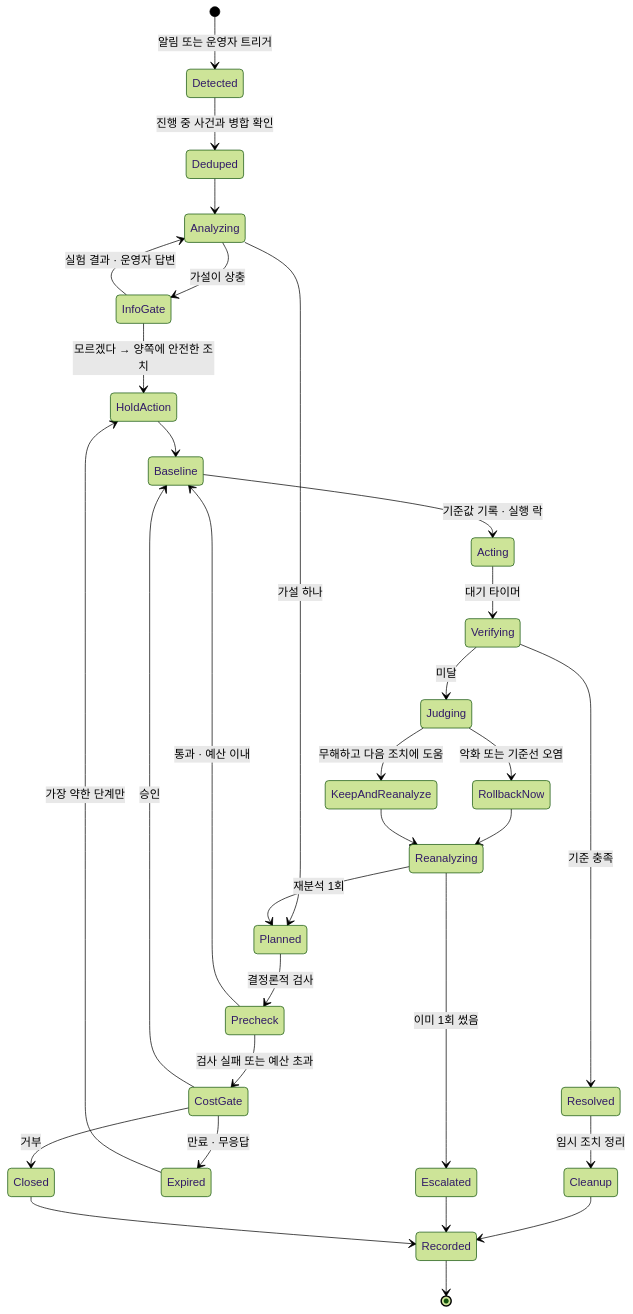
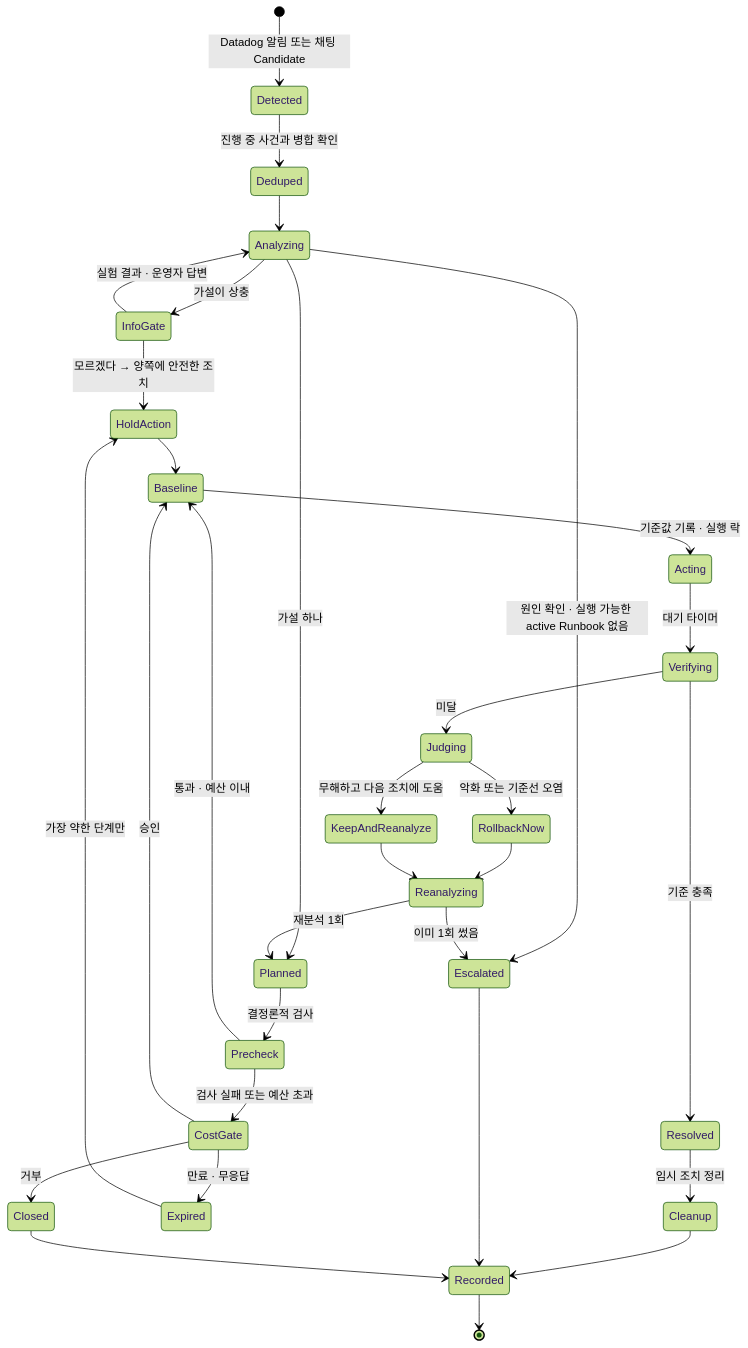
Before and after one commit to CJ-Only-One/O2-live-ai-ops: the first of 4 diagrams in docs/scenario-experiment.md, drawn with Mermaid (forest theme). The commit also changed other lines of this file and 1 other file, not shown here.

````diff
--- a/docs/scenario-experiment.md
+++ b/docs/scenario-experiment.md
@@ -126,40 +131,41 @@
 ```mermaid
 stateDiagram-v2
-    [*] --> Detected: 알림 또는 운영자 트리거
+    [*] --> Detected: Datadog 알림 또는 채팅 Candidate
     Detected --> Deduped: 진행 중 사건과 병합 확인
     Deduped --> Analyzing
     Analyzing --> InfoGate: 가설이 상충
     Analyzing --> Planned: 가설 하나
+    Analyzing --> Escalated: 원인 확인 · 실행 가능한 active Runbook 없음
 
     InfoGate --> Analyzing: 실험 결과 · 운영자 답변
     InfoGate --> HoldAction: 모르겠다 → 양쪽에 안전한 조치
 
     Planned --> Precheck: 결정론적 검사
     Precheck --> CostGate: 검사 실패 또는 예산 초과
     Precheck --> Baseline: 통과 · 예산 이내
     CostGate --> Baseline: 승인
     CostGate --> Closed: 거부
     CostGate --> Expired: 만료 · 무응답
 
     Expired --> HoldAction: 가장 약한 단계만
     HoldAction --> Baseline
 
     Baseline --> Acting: 기준값 기록 · 실행 락
     Acting --> Verifying: 대기 타이머
     Verifying --> Resolved: 기준 충족
     Verifying --> Judging: 미달
 
     Judging --> RollbackNow: 악화 또는 기준선 오염
     Judging --> KeepAndReanalyze: 무해하고 다음 조치에 도움
     RollbackNow --> Reanalyzing
     KeepAndReanalyze --> Reanalyzing
 
     Reanalyzing --> Planned: 재분석 1회
     Reanalyzing --> Escalated: 이미 1회 썼음
 
     Resolved --> Cleanup: 임시 조치 정리
     Cleanup --> Recorded
     Escalated --> Recorded
     Closed --> Recorded
     Recorded --> [*]
 ```
````
